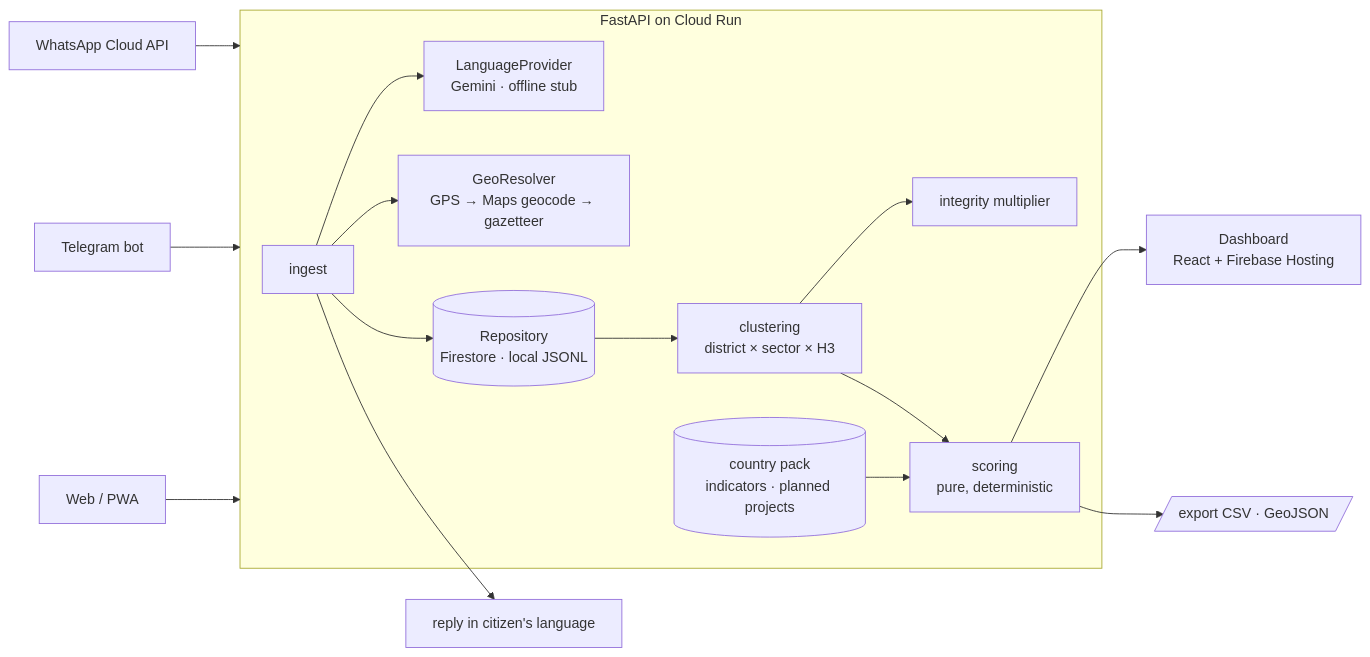
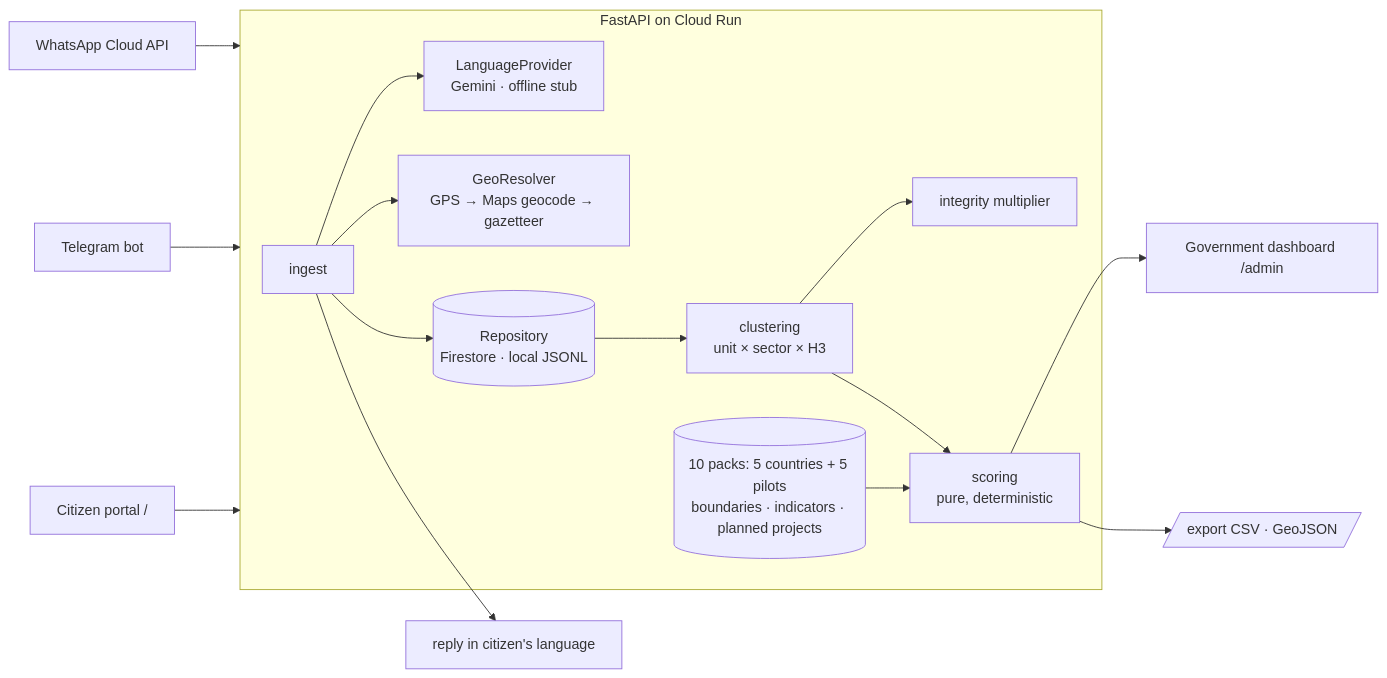
Before and after one commit to vishrut-potdar/BRICS-User-Report-System: the diagram in README.md, drawn with Mermaid. The commit also changed other lines of this file and 131 other files, not shown here.

````diff
--- a/README.md
+++ b/README.md
@@ -21,18 +49,18 @@
 ```mermaid
 flowchart LR
   WA[WhatsApp Cloud API] --> API
   TG[Telegram bot] --> API
-  WEB[Web / PWA] --> API
+  WEB[Citizen portal /] --> API
   subgraph API[FastAPI on Cloud Run]
     ING[ingest] --> LANG[LanguageProvider<br/>Gemini · offline stub]
     ING --> GEO[GeoResolver<br/>GPS → Maps geocode → gazetteer]
     ING --> REPO[(Repository<br/>Firestore · local JSONL)]
-    REPO --> CL[clustering<br/>district × sector × H3]
+    REPO --> CL[clustering<br/>unit × sector × H3]
     CL --> INT[integrity multiplier]
     CL --> SC[scoring<br/>pure, deterministic]
-    PACK[(country pack<br/>indicators · planned projects)] --> SC
+    PACK[(10 packs: 5 countries + 5 pilots<br/>boundaries · indicators · planned projects)] --> SC
   end
-  SC --> DASH[Dashboard<br/>React + Firebase Hosting]
+  SC --> DASH[Government dashboard /admin]
   SC --> EXP[/export CSV · GeoJSON/]
   ING --> ACK[reply in citizen's language]
 ```
````
